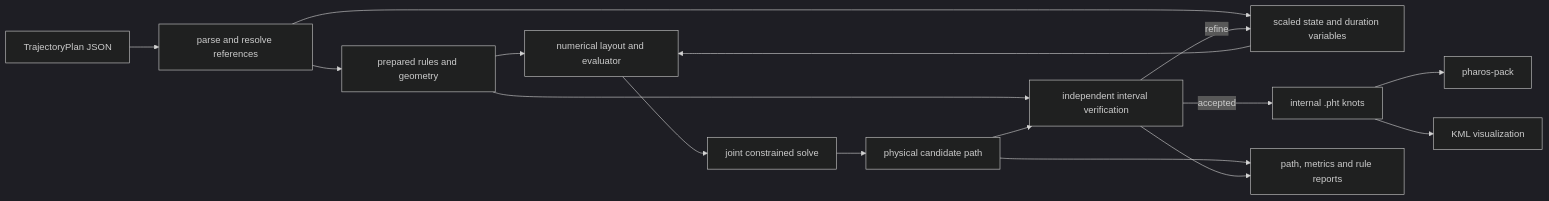
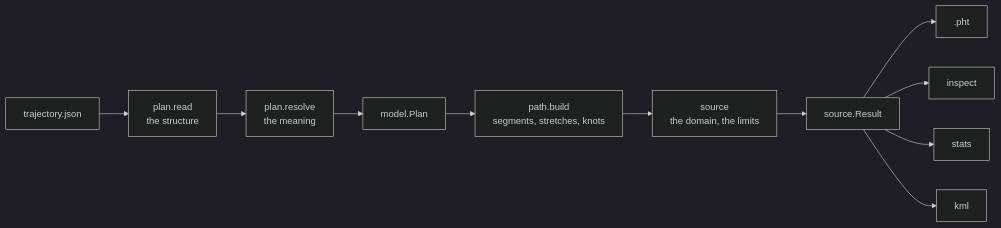
The diagram in docs/design/trajectories.md (EEddeenn/Pharos), drawn with Mermaid (dark theme) before and after one commit. The commit also changed other lines of this file and 48 other files, not shown here.

````diff
--- a/docs/design/trajectories.md
+++ b/docs/design/trajectories.md
@@ -9,18 +12,13 @@
 ```mermaid
 flowchart LR
-    json["TrajectoryPlan JSON"] --> read["parse and resolve references"]
-    read --> rules["prepared rules and geometry"]
-    read --> mesh["scaled state and duration variables"]
-    rules --> problem["numerical layout and evaluator"]
-    mesh --> problem
-    problem --> nlp["joint constrained solve"]
-    nlp --> candidate["physical candidate path"]
-    rules --> verify["independent interval verification"]
-    candidate --> verify
-    verify -->|refine| mesh
-    verify -->|accepted| pht["internal .pht knots"]
-    candidate --> inspect["path, metrics and rule reports"]
-    verify --> inspect
-    pht --> pack["pharos-pack"]
-    pht --> kml["KML visualization"]
+    text["trajectory.json"] --> read["plan.read<br/>the structure"]
+    read --> resolve["plan.resolve<br/>the meaning"]
+    resolve --> plan["model.Plan"]
+    plan --> build["path.build<br/>segments, stretches, knots"]
+    build --> source["source<br/>the domain, the limits"]
+    source --> result["source.Result"]
+    result --> pht[".pht"]
+    result --> inspect["inspect"]
+    result --> stats["stats"]
+    result --> kml["kml"]
 ```
````
